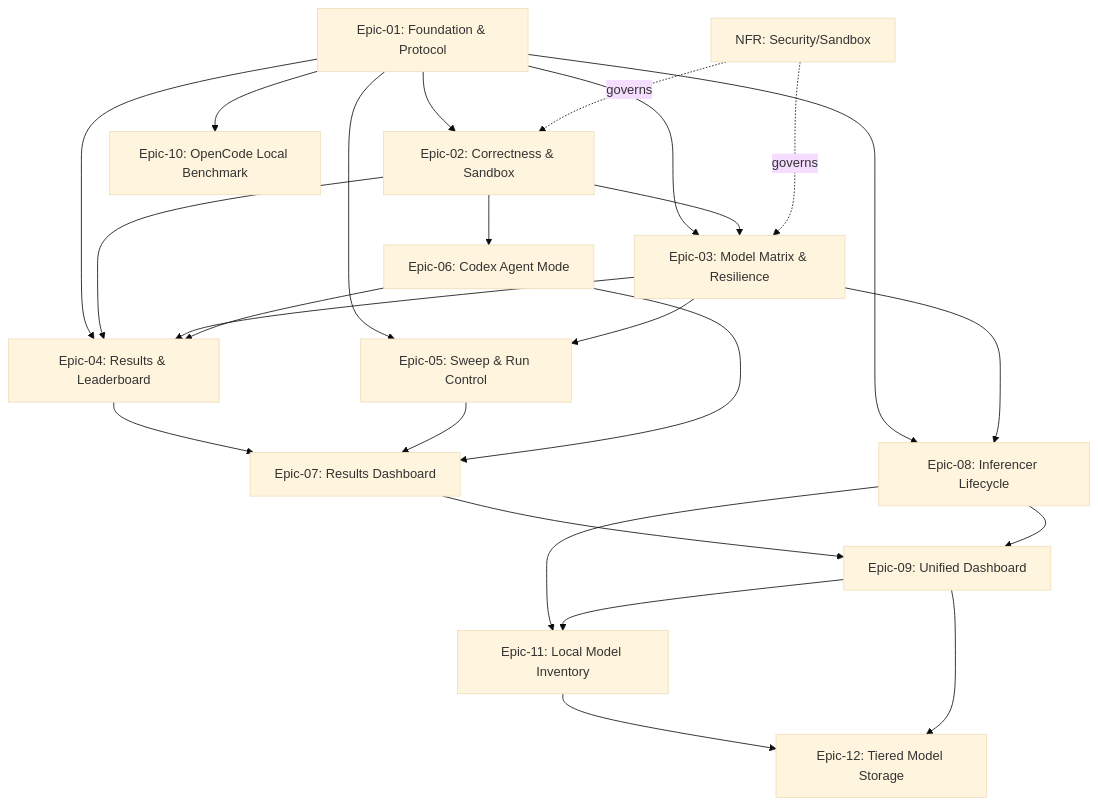
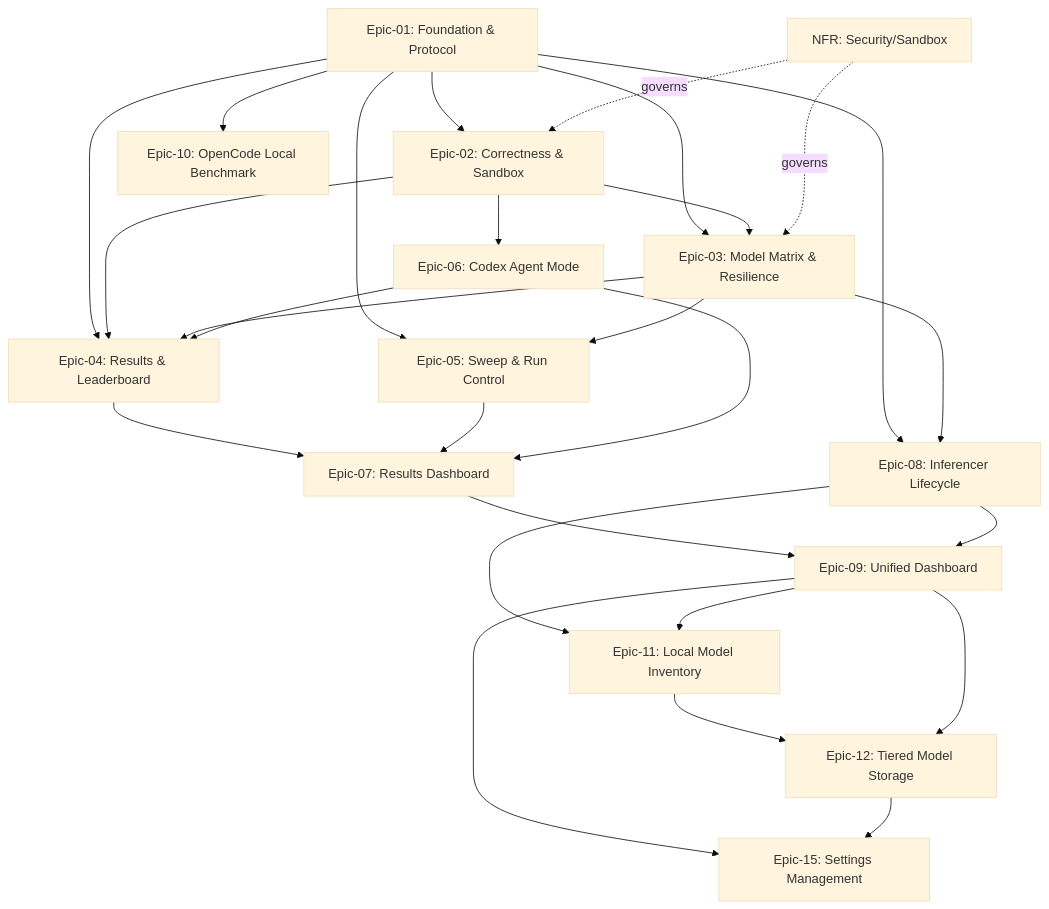
Before and after one commit to fxmartin/local-code-bench: the diagram in docs/STORIES.md, drawn with Mermaid (base theme). The commit also changed other lines of this file and 1 other file, not shown here.

First line of the commit message:
docs(stories): add Epic-15 settings management (dashboard Settings tab)

````diff
--- a/docs/STORIES.md
+++ b/docs/STORIES.md
@@ -89,27 +91,29 @@
 ```mermaid
 graph TD
     E01[Epic-01: Foundation & Protocol] --> E02[Epic-02: Correctness & Sandbox]
     E01 --> E03[Epic-03: Model Matrix & Resilience]
     E02 --> E03
     E01 --> E04[Epic-04: Results & Leaderboard]
     E02 --> E04
     E03 --> E04
     E02 --> E06[Epic-06: Codex Agent Mode]
     E06 --> E04
     E01 --> E05[Epic-05: Sweep & Run Control]
     E03 --> E05
     E04 --> E07[Epic-07: Results Dashboard]
     E05 --> E07
     E06 --> E07
     E01 --> E08[Epic-08: Inferencer Lifecycle]
     E03 --> E08
     E07 --> E09[Epic-09: Unified Dashboard]
     E08 --> E09
     E01 --> E10[Epic-10: OpenCode Local Benchmark]
     E08 --> E11[Epic-11: Local Model Inventory]
     E09 --> E11
     E11 --> E12[Epic-12: Tiered Model Storage]
     E09 --> E12
+    E09 --> E15[Epic-15: Settings Management]
+    E12 --> E15
     NFR[NFR: Security/Sandbox] -.governs.-> E02
     NFR -.governs.-> E03
 ```
````
